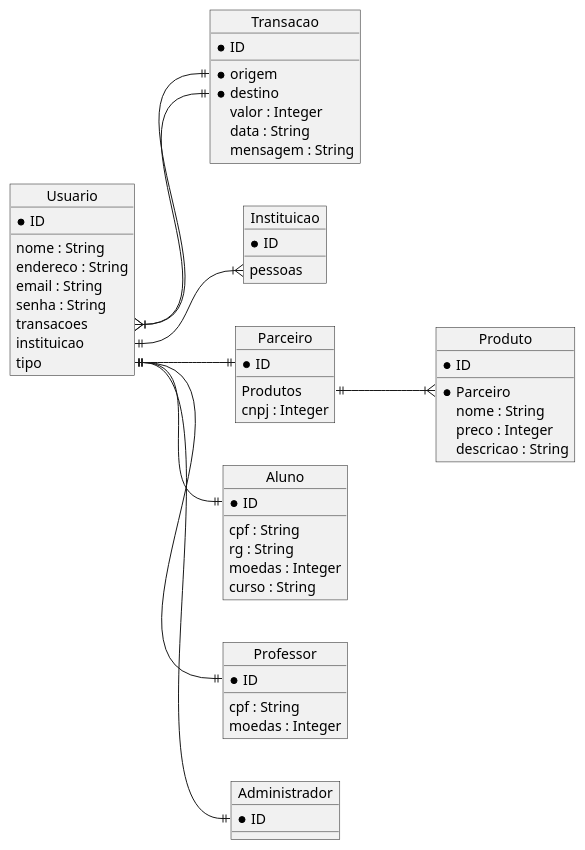
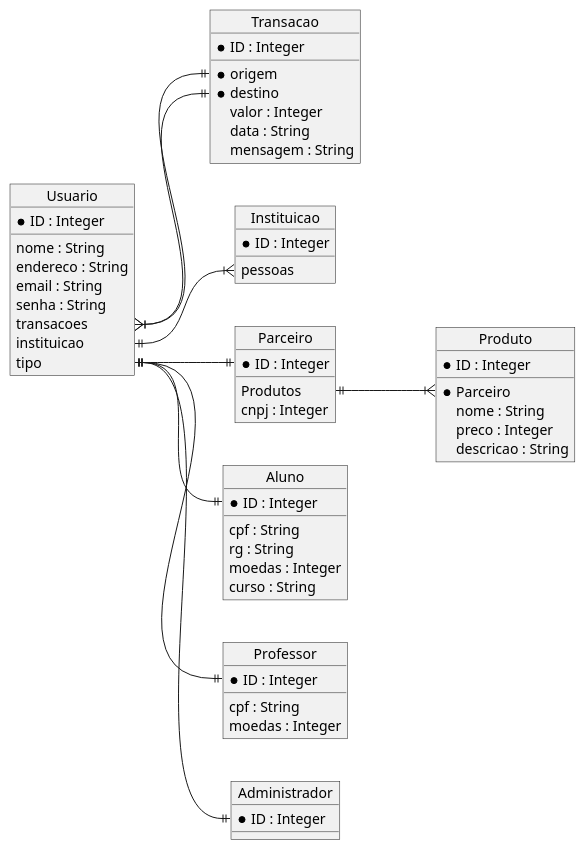
The diagram in projeto/ER her.wsd (Lab-Desenvolvimento-Software/lab3-lds-m-1-2023-grupo3), drawn with PlantUML before and after one commit. The commit also changed 9 other files, not shown here.

```diff
--- a/projeto/ER her.wsd
+++ b/projeto/ER her.wsd
@@ -1,88 +1,88 @@
 @startuml
 left to right direction
 hide empty members
 
 object Parceiro {
-    * ID
+    * ID : Integer
     ____
     Produtos
     cnpj : Integer
 }
 
 object Produto {
-    * ID
+    * ID : Integer
     ___
     * Parceiro
     nome : String
     preco : Integer
     descricao : String
 
 }
 
 object Usuario {
-    * ID
+    * ID : Integer
     ___
     nome : String
     endereco : String
     email : String
     senha : String
     transacoes
     instituicao
     tipo
     
 }
 
 object Aluno {
-    * ID
+    * ID : Integer
     ___
     cpf : String
     rg : String
     moedas : Integer
     curso : String
 }
 
 object Professor {
-    * ID
+    * ID : Integer
     ___
     cpf : String
     moedas : Integer
 }
 
 object Administrador {
-    * ID
+    * ID : Integer
     ___
 }
 
 object Instituicao {
-    * ID
+    * ID : Integer
     ___
     pessoas
 }
 
 object Transacao {
-    * ID
+    * ID : Integer
     ___
     * origem
     * destino
     valor : Integer
     data : String
     mensagem : String
 }
 
 
 Parceiro::Produtos ||--|{ Produto::Parceiro
 
 Usuario::transacoes }|--|| Transacao::origem
 Usuario::transacoes }|--|| Transacao::destino
 
 Usuario::instituicao ||--|{ Instituicao::pessoas
 
 'heranças
 Usuario::tipo ||--|| Parceiro::ID
 Usuario::tipo ||--|| Aluno::ID
 Usuario::tipo ||--|| Professor::ID
 Usuario::tipo ||--|| Administrador::ID
 
 
 
 @enduml
```
